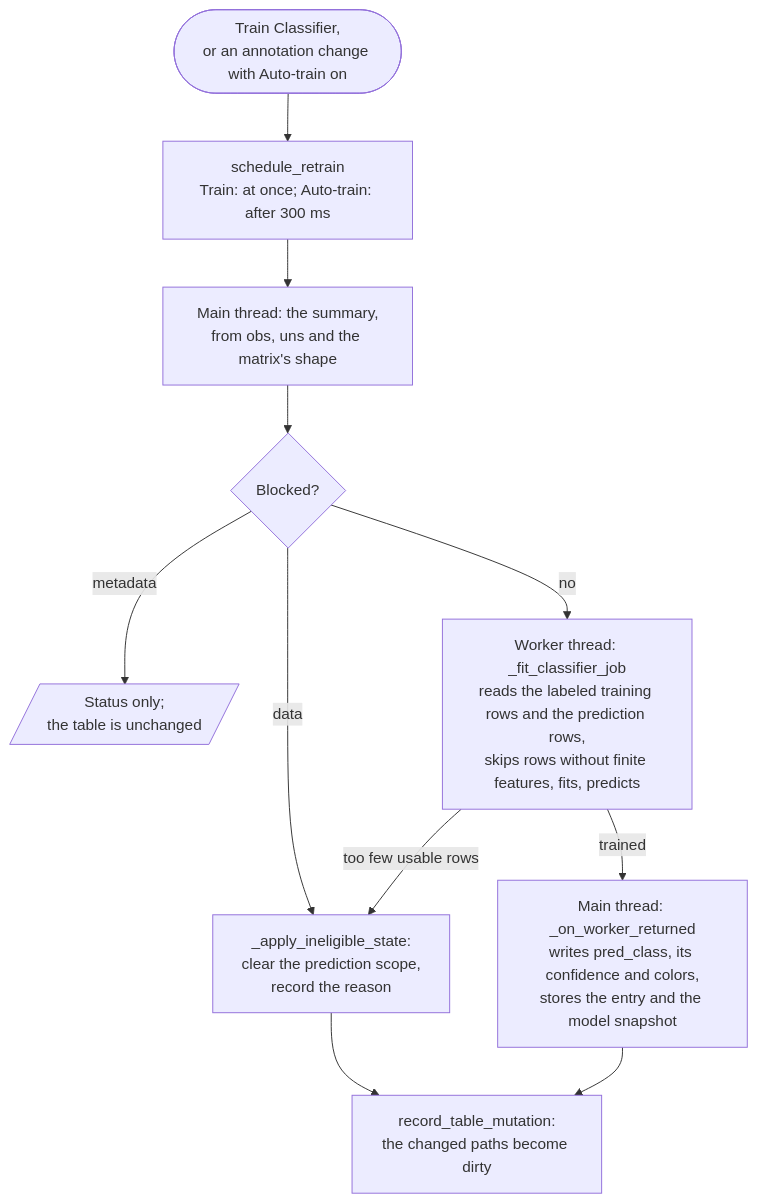
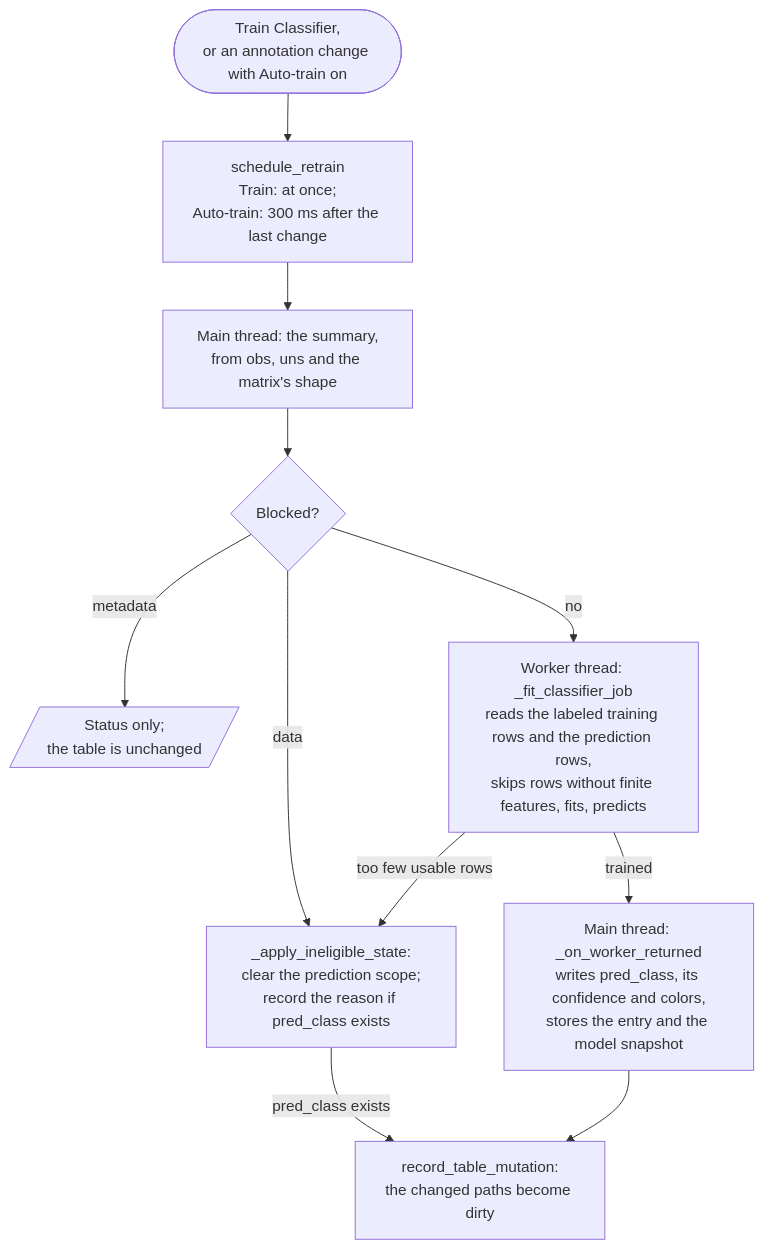
The first of 2 diagrams in docs/development/classifier.md (vibspatial/spatiato), drawn with Mermaid before and after one commit. The commit also changed other lines of this file, not shown here.

````diff
--- a/docs/development/classifier.md
+++ b/docs/development/classifier.md
@@ -77,12 +85,13 @@
 ```mermaid
 flowchart TD
-    w_start(["Train Classifier,<br/>or an annotation change with Auto-train on"]) --> w_schedule["schedule_retrain<br/>Train: at once; Auto-train: after 300 ms"]
+    w_start(["Train Classifier,<br/>or an annotation change with Auto-train on"]) --> w_schedule["schedule_retrain<br/>Train: at once;<br/>Auto-train: 300 ms after the last change"]
     w_schedule --> w_summary["Main thread: the summary,<br/>from obs, uns and the matrix's shape"]
     w_summary --> w_blocker{"Blocked?"}
     w_blocker -- metadata --> w_status[/"Status only;<br/>the table is unchanged"/]
-    w_blocker -- data --> w_ineligible["_apply_ineligible_state:<br/>clear the prediction scope,<br/>record the reason"]
+    w_blocker -- data --> w_ineligible["_apply_ineligible_state:<br/>clear the prediction scope;<br/>record the reason if pred_class exists"]
     w_blocker -- no --> w_worker["Worker thread: _fit_classifier_job<br/>reads the labeled training rows and the prediction rows,<br/>skips rows without finite features, fits, predicts"]
     w_worker -- too few usable rows --> w_ineligible
     w_worker -- trained --> w_apply["Main thread: _on_worker_returned<br/>writes pred_class, its confidence and colors,<br/>stores the entry and the model snapshot"]
-    w_ineligible & w_apply --> w_event["record_table_mutation:<br/>the changed paths become dirty"]
+    w_ineligible -- pred_class exists --> w_event["record_table_mutation:<br/>the changed paths become dirty"]
+    w_apply --> w_event
 ```
````
